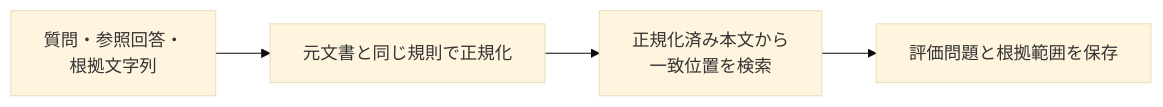
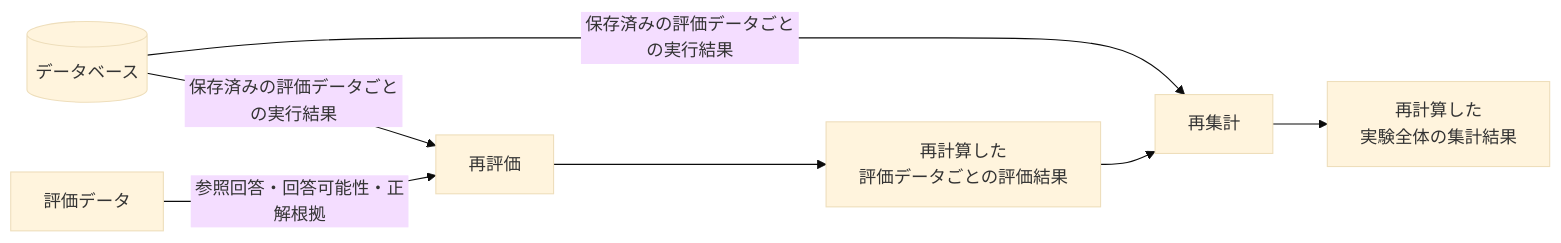
Before and after one commit to takashit16833/RAGScope: the fifth of 5 diagrams in project-docs/design/システムアーキテクチャ.md, drawn with Mermaid (base theme). The commit also changed other lines of this file and 4 other files, not shown here.

````diff
--- a/project-docs/design/システムアーキテクチャ.md
+++ b/project-docs/design/システムアーキテクチャ.md
@@ -208,6 +182,13 @@
 ```mermaid
 flowchart LR
-    Input["質問・参照回答・<br>根拠文字列"] --> Normalize["元文書と同じ規則で正規化"]
-    Normalize --> Locate["正規化済み本文から<br>一致位置を検索"]
-    Locate --> Case["評価問題と根拠範囲を保存"]
+    DB[("データベース")]
+    Data["評価データ"]
+
+    DB -->|"保存済みの評価データごとの実行結果"| Reevaluate["再評価"]
+    Data -->|"参照回答・回答可能性・正解根拠"| Reevaluate
+    Reevaluate --> Evaluation["再計算した<br>評価データごとの評価結果"]
+
+    DB -->|"保存済みの評価データごとの実行結果"| Reaggregate["再集計"]
+    Evaluation --> Reaggregate
+    Reaggregate --> Aggregate["再計算した<br>実験全体の集計結果"]
 ```
````
